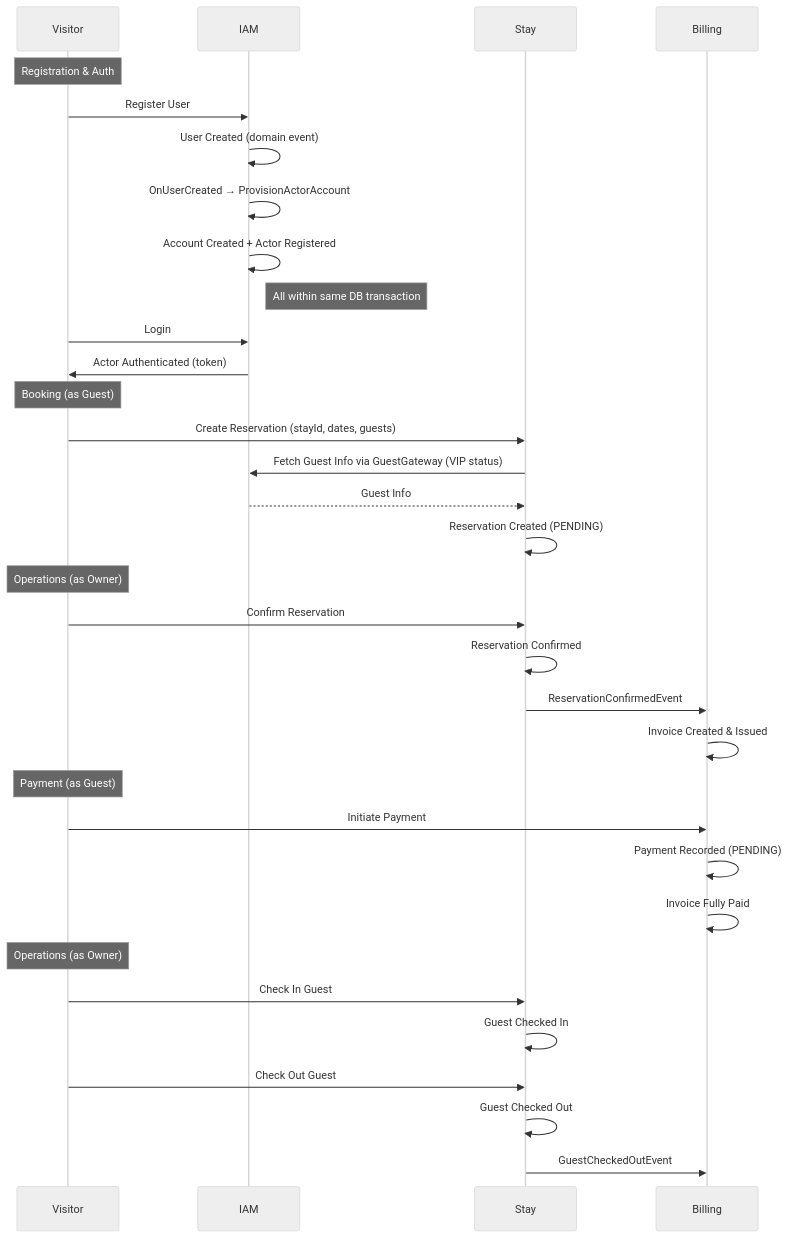
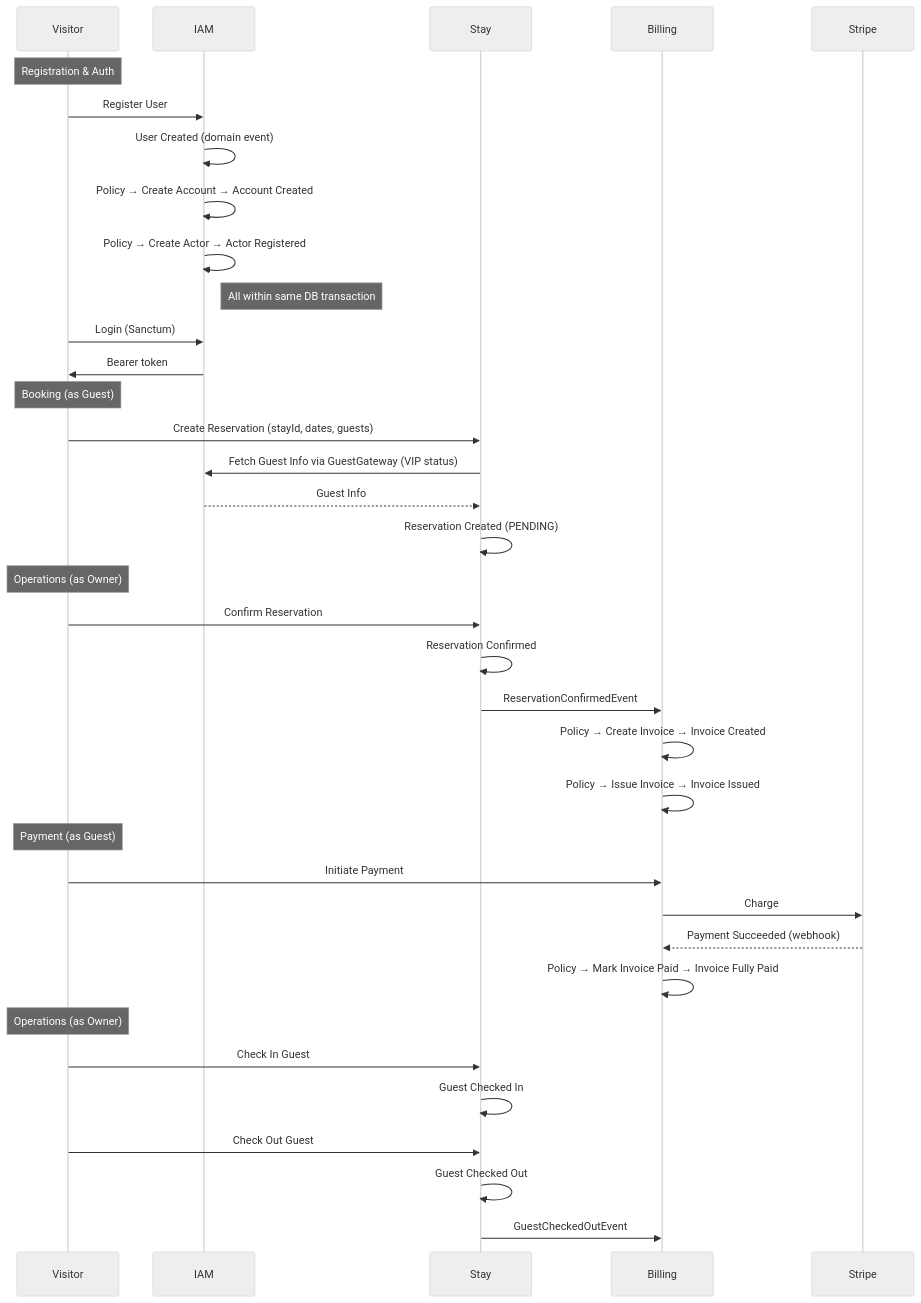
Before and after one commit to sahdoio/guesthub: the sixth of 6 diagrams in docs/event-storming.md, drawn with Mermaid (neutral theme). The commit also changed other lines of this file, not shown here.

````diff
--- a/docs/event-storming.md
+++ b/docs/event-storming.md
@@ -520,41 +496,44 @@
 ```mermaid
 sequenceDiagram
     participant V as Visitor
     participant IAM
     participant S as Stay
     participant B as Billing
+    participant Stripe
 
     Note over V: Registration & Auth
     V->>IAM: Register User
     IAM->>IAM: User Created (domain event)
-    IAM->>IAM: OnUserCreated → ProvisionActorAccount
-    IAM->>IAM: Account Created + Actor Registered
+    IAM->>IAM: Policy → Create Account → Account Created
+    IAM->>IAM: Policy → Create Actor → Actor Registered
     Note right of IAM: All within same DB transaction
-    V->>IAM: Login
-    IAM->>V: Actor Authenticated (token)
+    V->>IAM: Login (Sanctum)
+    IAM->>V: Bearer token
 
     Note over V: Booking (as Guest)
     V->>S: Create Reservation (stayId, dates, guests)
     S->>IAM: Fetch Guest Info via GuestGateway (VIP status)
     IAM-->>S: Guest Info
     S->>S: Reservation Created (PENDING)
 
     Note over V: Operations (as Owner)
     V->>S: Confirm Reservation
     S->>S: Reservation Confirmed
     S->>B: ReservationConfirmedEvent
-    B->>B: Invoice Created & Issued
+    B->>B: Policy → Create Invoice → Invoice Created
+    B->>B: Policy → Issue Invoice → Invoice Issued
 
     Note over V: Payment (as Guest)
     V->>B: Initiate Payment
-    B->>B: Payment Recorded (PENDING)
-    B->>B: Invoice Fully Paid
+    B->>Stripe: Charge
+    Stripe-->>B: Payment Succeeded (webhook)
+    B->>B: Policy → Mark Invoice Paid → Invoice Fully Paid
 
     Note over V: Operations (as Owner)
     V->>S: Check In Guest
     S->>S: Guest Checked In
 
     V->>S: Check Out Guest
     S->>S: Guest Checked Out
     S->>B: GuestCheckedOutEvent
 ```
````
